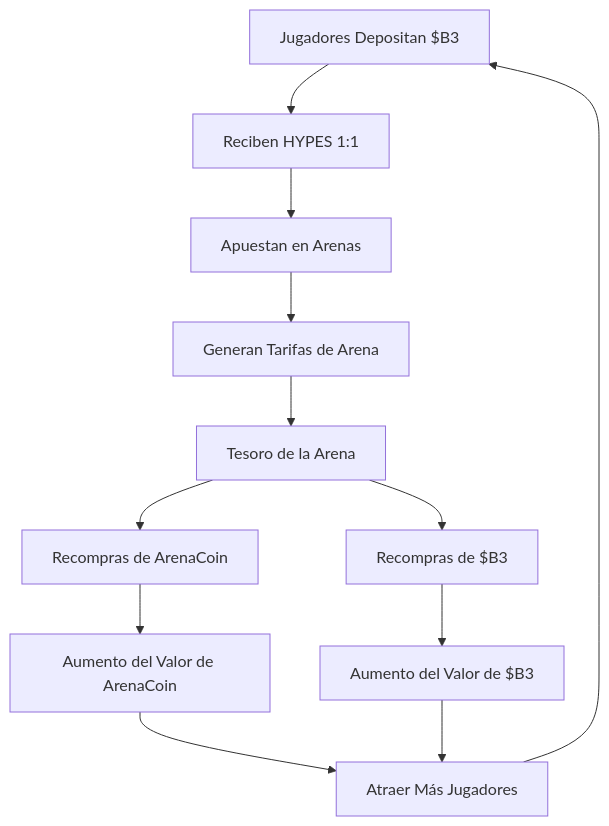
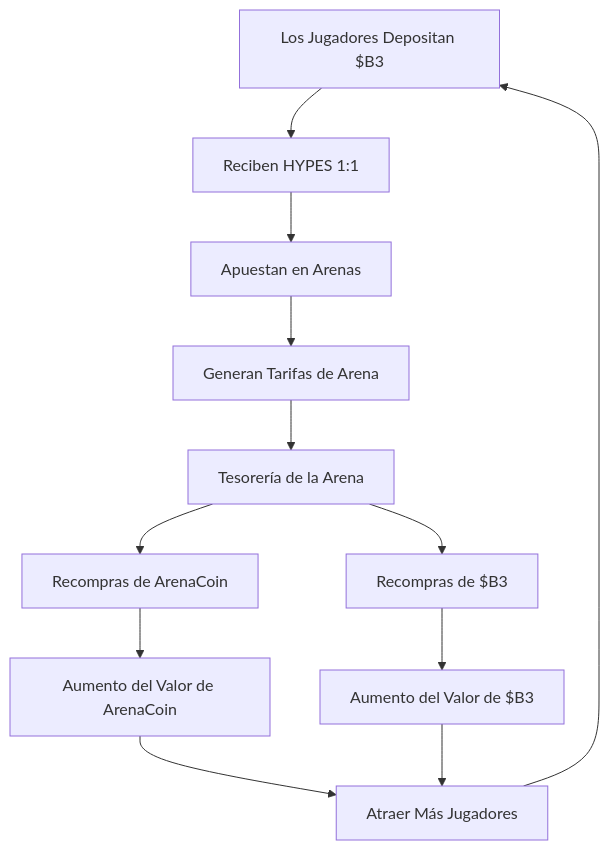
The first of 2 diagrams in docs/es/hypeduel/platform-overview.mdx (b3-fun/b3), drawn with Mermaid before and after one commit. The commit also changed other lines of this file and 210 other files, not shown here.

````diff
--- a/docs/es/hypeduel/platform-overview.mdx
+++ b/docs/es/hypeduel/platform-overview.mdx
@@ -142,14 +71,14 @@
 ```mermaid
 graph TB
-    A[Jugadores Depositan $B3] --> B[Reciben HYPES 1:1]
+    A[Los Jugadores Depositan $B3] --> B[Reciben HYPES 1:1]
     B --> C[Apuestan en Arenas]
     C --> D[Generan Tarifas de Arena]
-    D --> E[Tesoro de la Arena]
+    D --> E[Tesorería de la Arena]
     E --> F[Recompras de $B3]
     E --> G[Recompras de ArenaCoin]
     F --> H[Aumento del Valor de $B3]
     G --> I[Aumento del Valor de ArenaCoin]
     I --> J[Atraer Más Jugadores]
     H --> J
     J --> A
 ```
````
